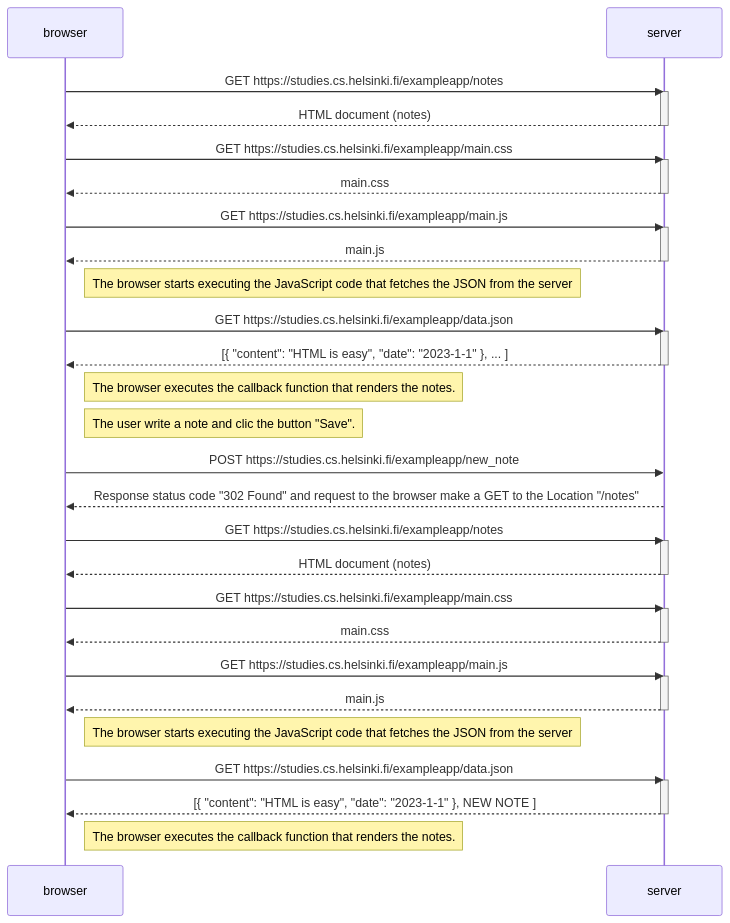
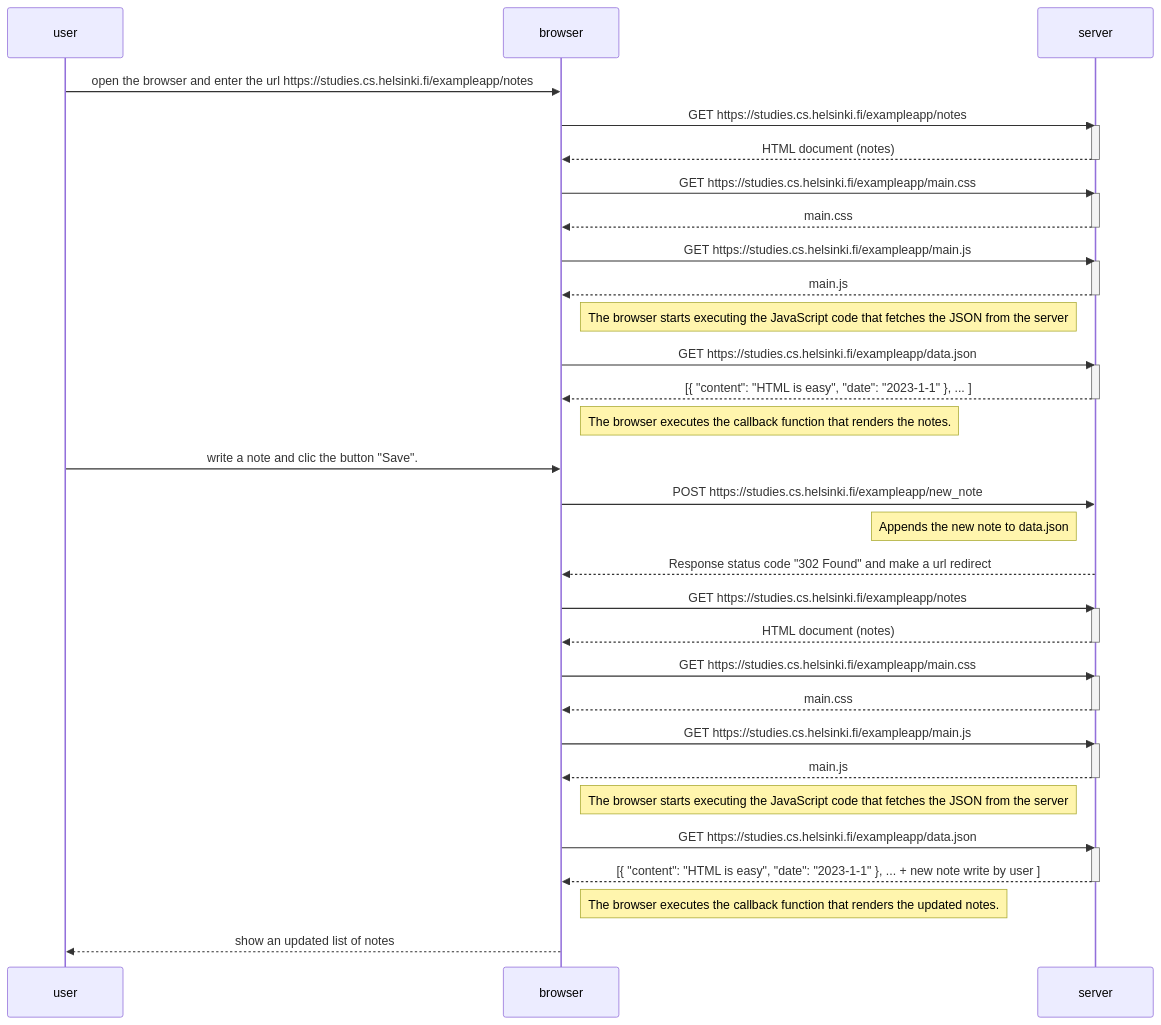
The diagram in 0.4.md (FedericoIseas/Part0), drawn with Mermaid before and after one commit. The commit also changed 2 other files, not shown here.

Commit message:
part 0 finished

````diff
--- a/0.4.md
+++ b/0.4.md
@@ -1,59 +1,67 @@
 ```mermaid
 sequenceDiagram
+    participant user
     participant browser
     participant server
+    %% first load %%
+    user->>browser: open the browser and enter the url https://studies.cs.helsinki.fi/exampleapp/notes 
 
     browser->>server: GET https://studies.cs.helsinki.fi/exampleapp/notes
     activate server
     server-->>browser: HTML document (notes)
     deactivate server
 
     browser->>server: GET https://studies.cs.helsinki.fi/exampleapp/main.css
     activate server
     server-->>browser: main.css
     deactivate server
 
     browser->>server: GET https://studies.cs.helsinki.fi/exampleapp/main.js
     activate server
     server-->>browser: main.js
     deactivate server
 
     Note right of browser: The browser starts executing the JavaScript code that fetches the JSON from the server
 
     browser->>server: GET https://studies.cs.helsinki.fi/exampleapp/data.json
     activate server
     server-->>browser: [{ "content": "HTML is easy", "date": "2023-1-1" }, ... ]
     deactivate server
 
     Note right of browser: The browser executes the callback function that renders the notes.
-    
-    Note right of browser: The user write a note and clic the button "Save".
+
+    %% Action: Create note%%
+    user->>browser: write a note and clic the button "Save".
 
     browser->>server: POST https://studies.cs.helsinki.fi/exampleapp/new_note
 
-    server-->>browser: Response status code "302 Found" and request to the browser make a GET to the Location "/notes"
+    Note left of server: Appends the new note to data.json
 
+    server-->>browser: Response status code "302 Found" and make a url redirect
+    %% second load%
     browser->>server: GET https://studies.cs.helsinki.fi/exampleapp/notes
     activate server
     server-->>browser: HTML document (notes)
     deactivate server
 
     browser->>server: GET https://studies.cs.helsinki.fi/exampleapp/main.css
     activate server
     server-->>browser: main.css
     deactivate server
 
     browser->>server: GET https://studies.cs.helsinki.fi/exampleapp/main.js
     activate server
     server-->>browser: main.js
     deactivate server
 
     Note right of browser: The browser starts executing the JavaScript code that fetches the JSON from the server
 
     browser->>server: GET https://studies.cs.helsinki.fi/exampleapp/data.json
     activate server
-    server-->>browser: [{ "content": "HTML is easy", "date": "2023-1-1" }, NEW NOTE ]
+    server-->>browser: [{ "content": "HTML is easy", "date": "2023-1-1" }, ... + new note write by user ]
     deactivate server
 
-    Note right of browser: The browser executes the callback function that renders the notes.
+    Note right of browser: The browser executes the callback function that renders the updated notes.
+
+    browser-->>user: show an updated list of notes
 ```
````
